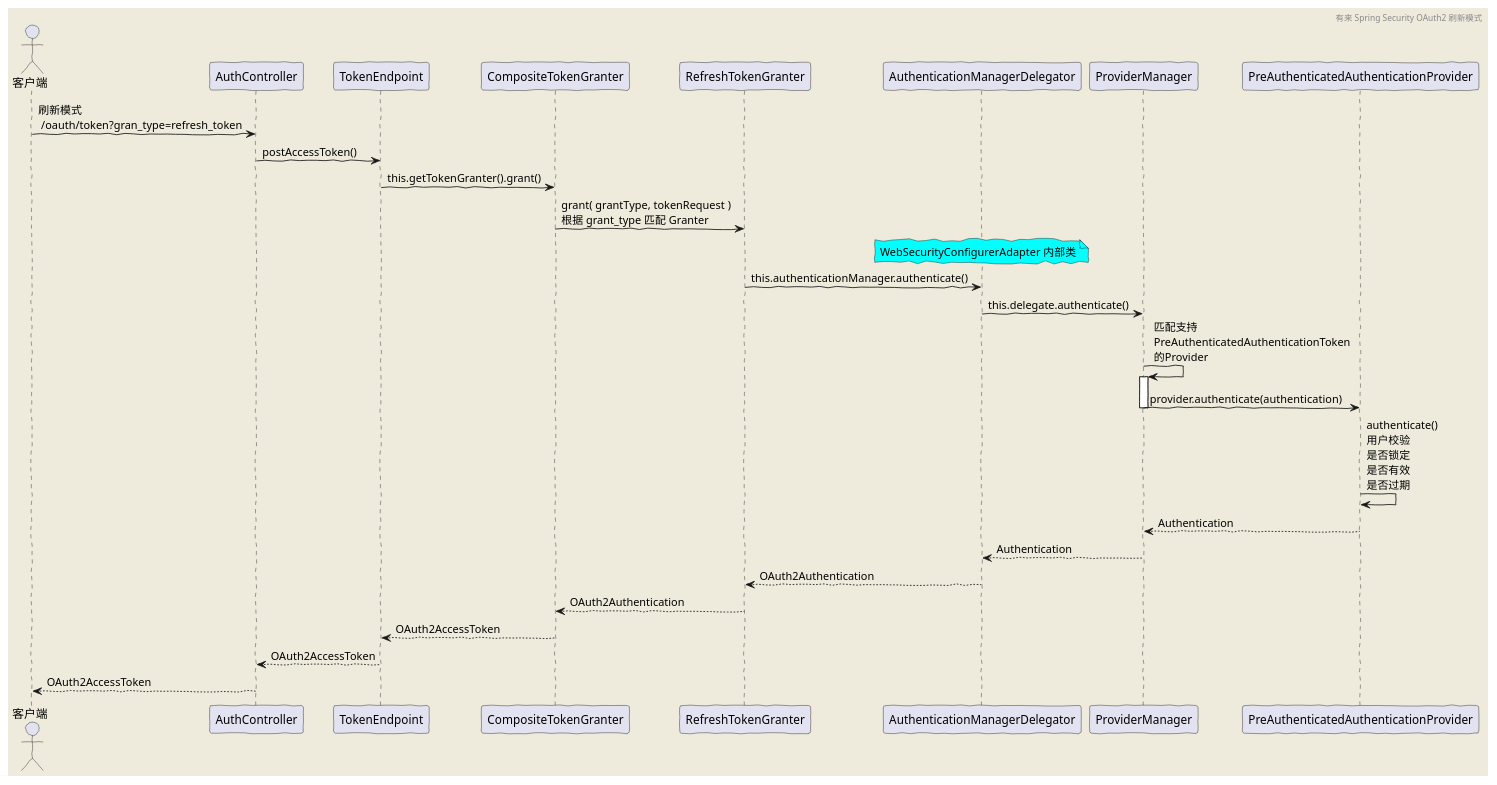
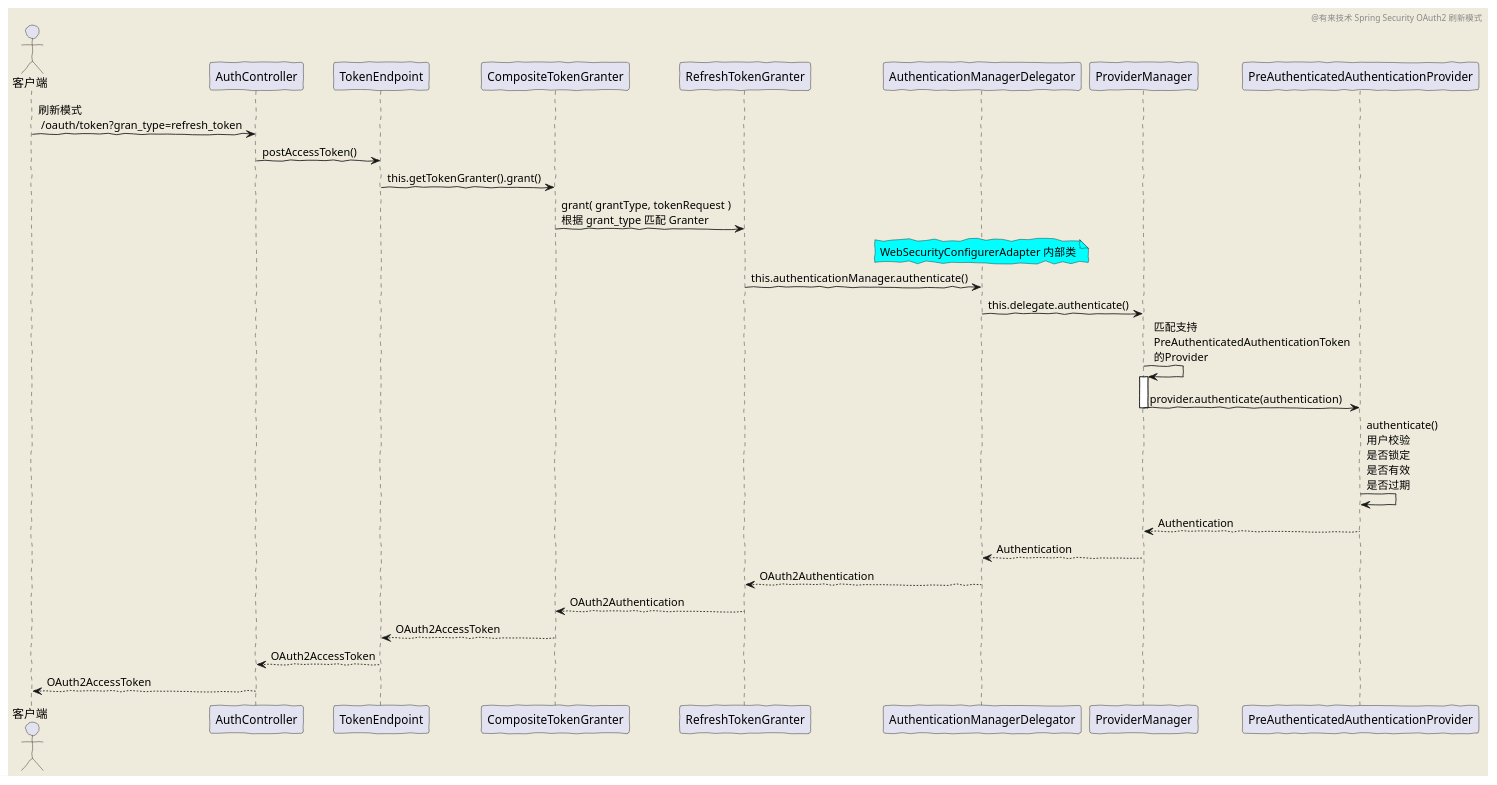
The diagram in docs/diagram/oauth2/refresh.puml (youlaitech/youlai-mall), drawn with PlantUML before and after one commit. The commit also changed 4 other files, not shown here.

Commit message:
docs(*.puml): 修改流程时序图

```diff
--- a/docs/diagram/oauth2/refresh.puml
+++ b/docs/diagram/oauth2/refresh.puml
@@ -2,33 +2,33 @@
 @startuml
 'https://plantuml.com/sequence-diagram
 skinparam backgroundColor #EEEBDC
 skinparam handwritten true
 
-header 有来 Spring Security OAuth2 刷新模式
+header @有来技术 Spring Security OAuth2 刷新模式
 
 actor 客户端
 
 客户端 -> AuthController: 刷新模式 \n /oauth/token?gran_type=refresh_token
 AuthController -> TokenEndpoint: postAccessToken()
 TokenEndpoint -> CompositeTokenGranter: this.getTokenGranter().grant()
 CompositeTokenGranter->RefreshTokenGranter:grant( grantType, tokenRequest )\n根据 grant_type 匹配 Granter
 note over of AuthenticationManagerDelegator #aqua
 WebSecurityConfigurerAdapter 内部类
 end note
 RefreshTokenGranter-> AuthenticationManagerDelegator:this.authenticationManager.authenticate()
 AuthenticationManagerDelegator -> ProviderManager: this.delegate.authenticate()
 
 
 ProviderManager -> ProviderManager: 匹配支持\nPreAuthenticatedAuthenticationToken\n的Provider
 activate ProviderManager
 ProviderManager ->  PreAuthenticatedAuthenticationProvider: provider.authenticate(authentication)
 deactivate ProviderManager
 PreAuthenticatedAuthenticationProvider -> PreAuthenticatedAuthenticationProvider:authenticate()\n用户校验\n是否锁定\n是否有效\n是否过期
 ProviderManager <-- PreAuthenticatedAuthenticationProvider: Authentication
 AuthenticationManagerDelegator <-- ProviderManager: Authentication
 RefreshTokenGranter <-- AuthenticationManagerDelegator: OAuth2Authentication
 CompositeTokenGranter <-- RefreshTokenGranter: OAuth2Authentication
 TokenEndpoint <-- CompositeTokenGranter:OAuth2AccessToken
 AuthController <-- TokenEndpoint:OAuth2AccessToken
 客户端 <-- AuthController: OAuth2AccessToken
 @enduml
```
